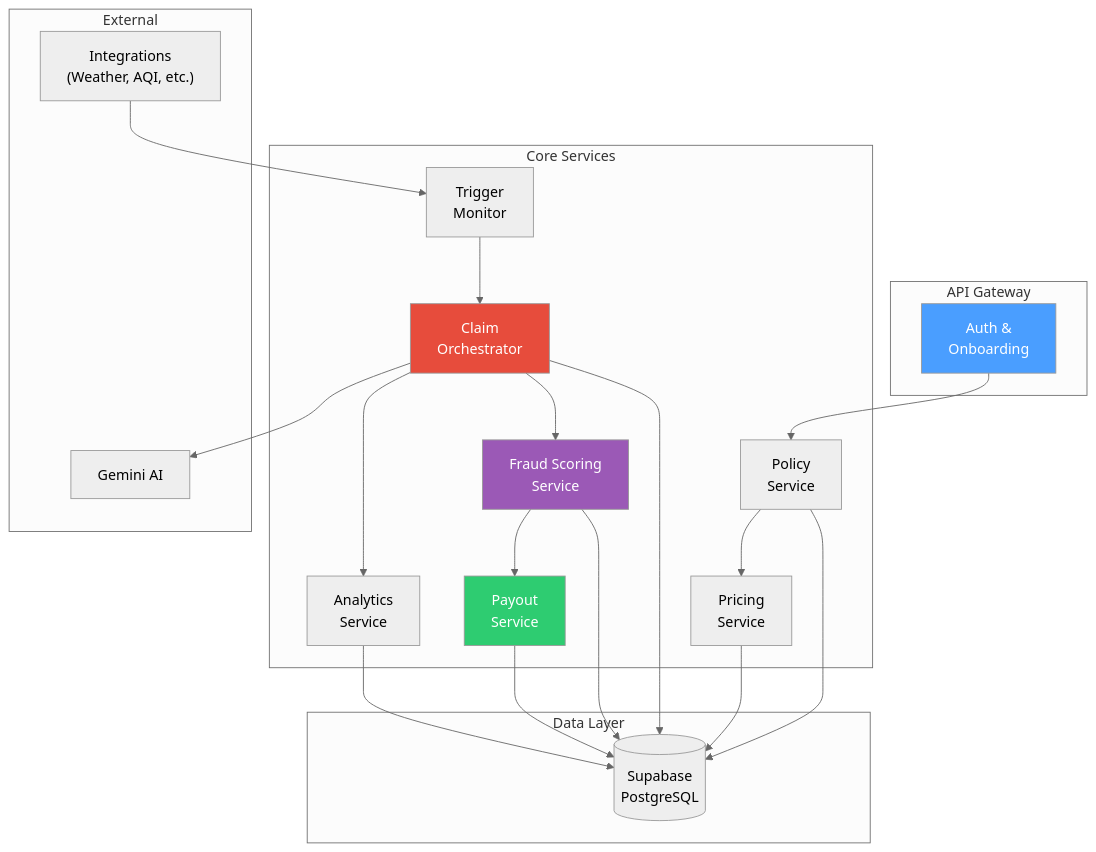
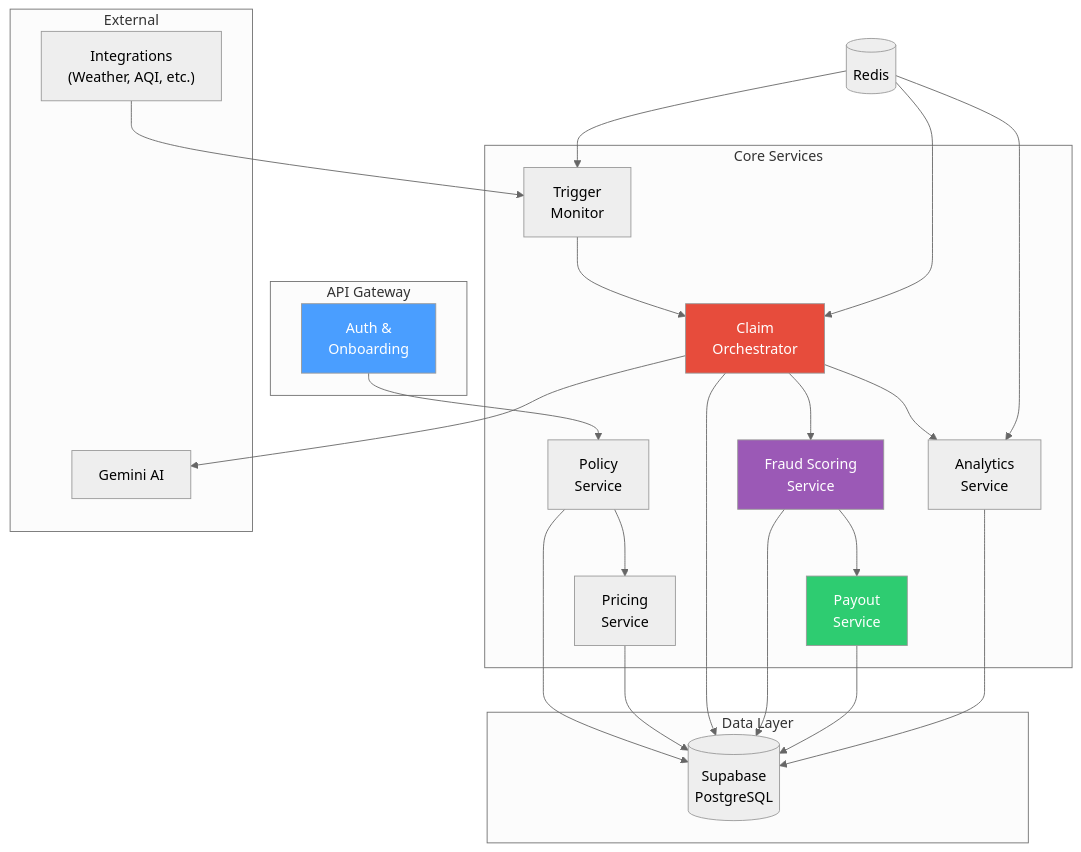
The diagram in backend/README.md (Chorko/Celestius_Covara_One_P1), drawn with Mermaid (neutral theme) before and after one commit. The commit also changed other lines of this file and 22 other files, not shown here.

````diff
--- a/backend/README.md
+++ b/backend/README.md
@@ -86,40 +89,43 @@
 ```mermaid
 flowchart TD
     subgraph "API Gateway"
         AUTH["Auth &<br/>Onboarding"]
     end
 
     subgraph "Core Services"
         PS["Policy<br/>Service"]
         PR["Pricing<br/>Service"]
         TM["Trigger<br/>Monitor"]
         CO["Claim<br/>Orchestrator"]
         FS["Fraud Scoring<br/>Service"]
         PO["Payout<br/>Service"]
         AS["Analytics<br/>Service"]
     end
 
     subgraph "Data Layer"
         DB[("Supabase<br/>PostgreSQL")]
     end
 
     subgraph "External"
         GM["Gemini AI"]
         EX["Integrations<br/>(Weather, AQI, etc.)"]
     end
 
     AUTH --> PS
     PS --> PR
     EX --> TM
     TM --> CO
     CO --> FS
     FS --> PO
     CO --> AS
     CO --> GM
     PS & PR & CO & FS & PO & AS --> DB
+    RC[("Redis")] --> CO
+    RC --> TM
+    RC --> AS
 
     style AUTH fill:#4a9eff,color:#fff
     style CO fill:#e74c3c,color:#fff
     style FS fill:#9b59b6,color:#fff
     style PO fill:#2ecc71,color:#fff
 ```
````
